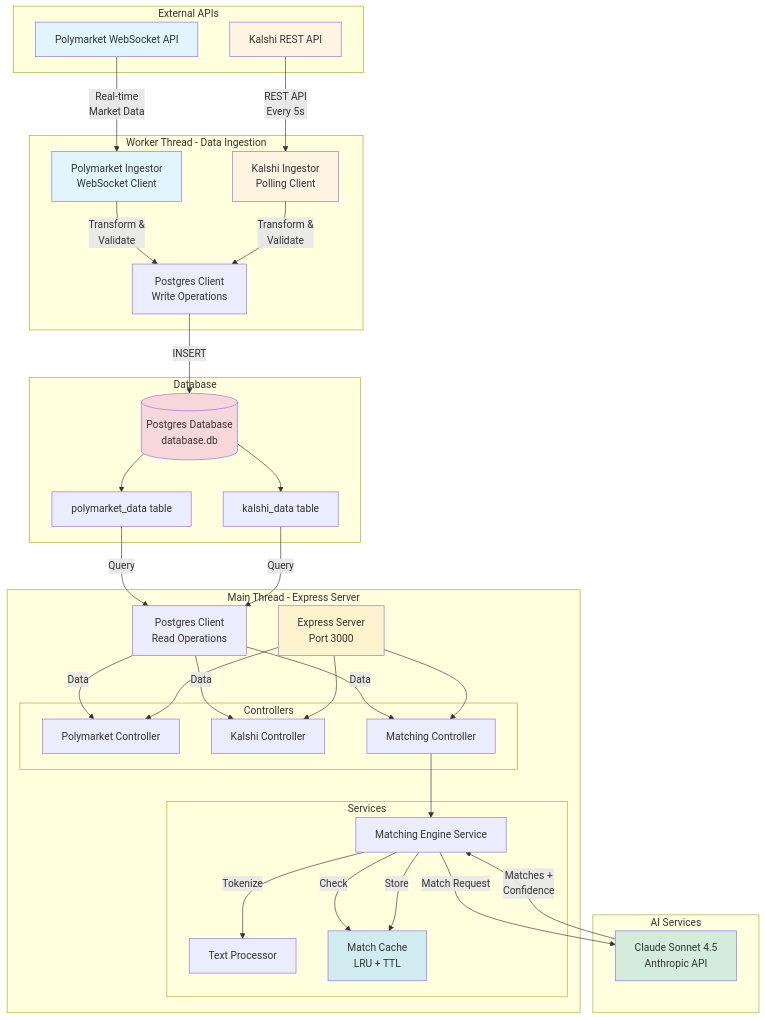
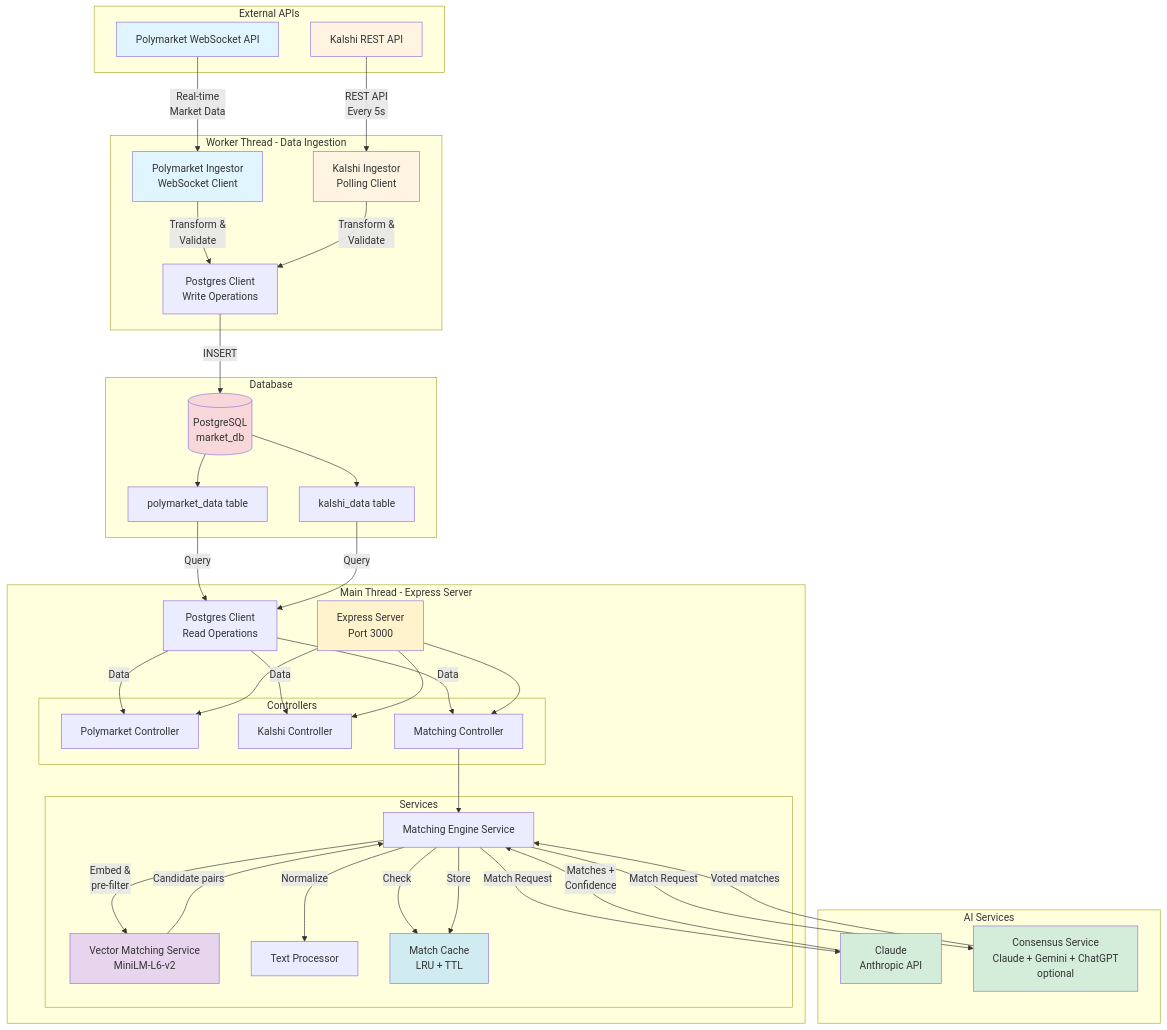
Before and after one commit to ivaaak/PredictionMarket-Arbitrage: the first of 8 diagrams in docs/architecture.md, drawn with Mermaid. The commit also changed other lines of this file and 40 other files, not shown here.

```diff
--- a/docs/architecture.md
+++ b/docs/architecture.md
@@ -26,6 +26,7 @@
         
         subgraph "Services"
             ME[Matching Engine Service]
+            VEC[Vector Matching Service<br/>MiniLM-L6-v2]
             TP[Text Processor]
             CACHE[Match Cache<br/>LRU + TTL]
         end
@@ -34,13 +35,14 @@
     end
 
     subgraph "Database"
-        DB[(Postgres Database<br/>database.db)]
+        DB[(PostgreSQL<br/>market_db)]
         PMT[polymarket_data table]
         KLT[kalshi_data table]
     end
 
     subgraph "AI Services"
-        CLAUDE[Claude Sonnet 4.5<br/>Anthropic API]
+        CLAUDE[Claude<br/>Anthropic API]
+        CONS[Consensus Service<br/>Claude + Gemini + ChatGPT<br/>optional]
     end
 
     PM -->|Real-time<br/>Market Data| PMI
@@ -61,10 +63,14 @@
     RDB -->|Data| MC
     
     MC --> ME
-    ME -->|Tokenize| TP
+    ME -->|Normalize| TP
     ME -->|Check| CACHE
+    ME -->|Embed &<br/>pre-filter| VEC
+    VEC -->|Candidate pairs| ME
     ME -->|Match Request| CLAUDE
+    ME -->|Match Request| CONS
     CLAUDE -->|Matches +<br/>Confidence| ME
+    CONS -->|Voted matches| ME
     ME -->|Store| CACHE
     
     SERVER --> PMC
@@ -76,6 +82,8 @@
     style PMI fill:#e1f5ff
     style KLI fill:#fff4e1
     style CLAUDE fill:#d4edda
+    style CONS fill:#d4edda
+    style VEC fill:#e7d4ed
     style DB fill:#f8d7da
     style CACHE fill:#d1ecf1
     style SERVER fill:#fff3cd
```
